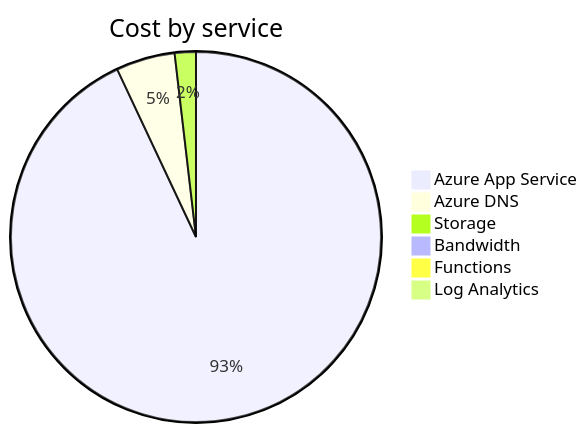
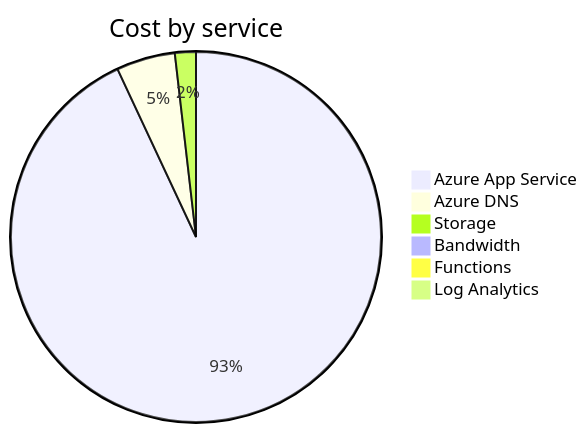
One commit to jpfulton/azure-personal-reports changed the second of 4 diagrams in cost-reports/accumulated-cost.md. Above: the diagram before and after it, drawn with Mermaid. The commit also changed other lines of this file and 4 other files, not shown here.

````diff
--- a/cost-reports/accumulated-cost.md
+++ b/cost-reports/accumulated-cost.md
@@ -100,10 +100,10 @@
 ```mermaid
 pie
    title Cost by service
-   "Azure App Service" : 7.05
-   "Azure DNS" : 0.39
-   "Storage" : 0.14
+   "Azure App Service" : 7.62
+   "Azure DNS" : 0.42
+   "Storage" : 0.15
    "Bandwidth" : 0.00
    "Functions" : 0.00
    "Log Analytics" : 0.00
 ```
````
